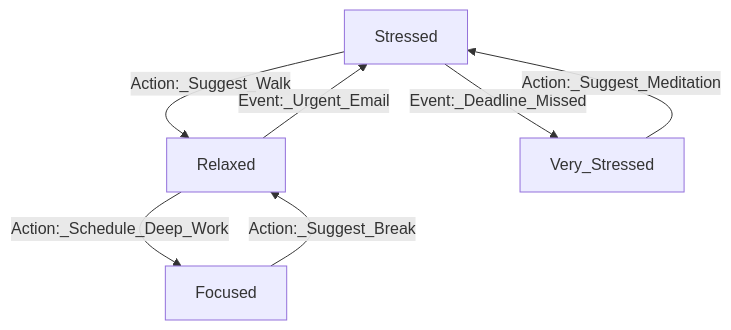
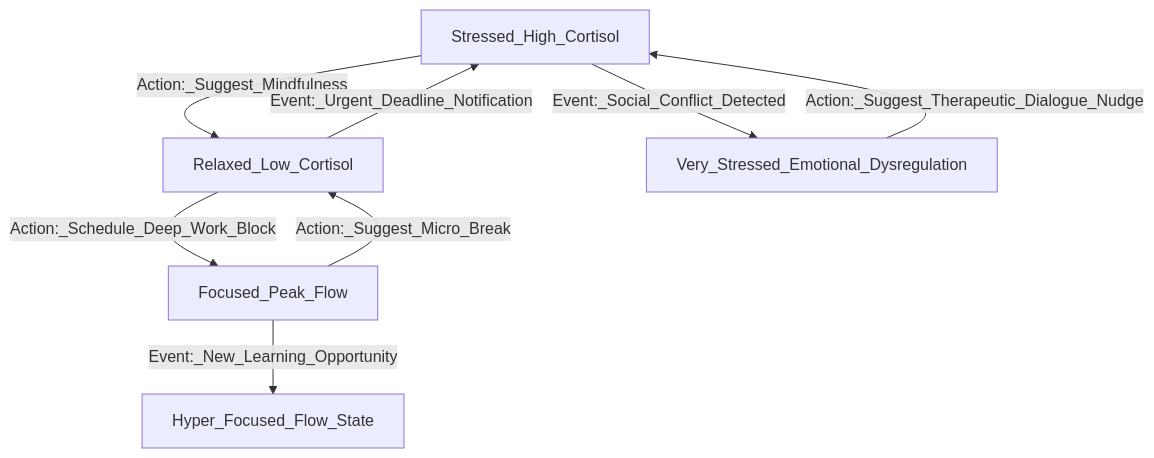
Before and after one commit to diplomat-bit/Citibank_Demo_Business_Inc_Demonstration-: the seventh of 10 diagrams in inventions/106_ai_agent_for_personal_life_optimization.md, drawn with Mermaid. The commit also changed other lines of this file, not shown here.

````diff
--- a/inventions/106_ai_agent_for_personal_life_optimization.md
+++ b/inventions/106_ai_agent_for_personal_life_optimization.md
@@ -323,9 +391,10 @@
 ```mermaid
 graph TD
-    Stressed --Action:_Suggest_Walk--> Relaxed
-    Relaxed --Event:_Urgent_Email--> Stressed
-    Focused --Action:_Suggest_Break--> Relaxed
-    Relaxed --Action:_Schedule_Deep_Work--> Focused
-    Stressed --Event:_Deadline_Missed--> Very_Stressed
-    Very_Stressed --Action:_Suggest_Meditation--> Stressed
+    Stressed_High_Cortisol --Action:_Suggest_Mindfulness--> Relaxed_Low_Cortisol
+    Relaxed_Low_Cortisol --Event:_Urgent_Deadline_Notification--> Stressed_High_Cortisol
+    Focused_Peak_Flow --Action:_Suggest_Micro_Break--> Relaxed_Low_Cortisol
+    Relaxed_Low_Cortisol --Action:_Schedule_Deep_Work_Block--> Focused_Peak_Flow
+    Stressed_High_Cortisol --Event:_Social_Conflict_Detected--> Very_Stressed_Emotional_Dysregulation
+    Very_Stressed_Emotional_Dysregulation --Action:_Suggest_Therapeutic_Dialogue_Nudge--> Stressed_High_Cortisol
+    Focused_Peak_Flow --Event:_New_Learning_Opportunity--> Hyper_Focused_Flow_State
 ```
````
